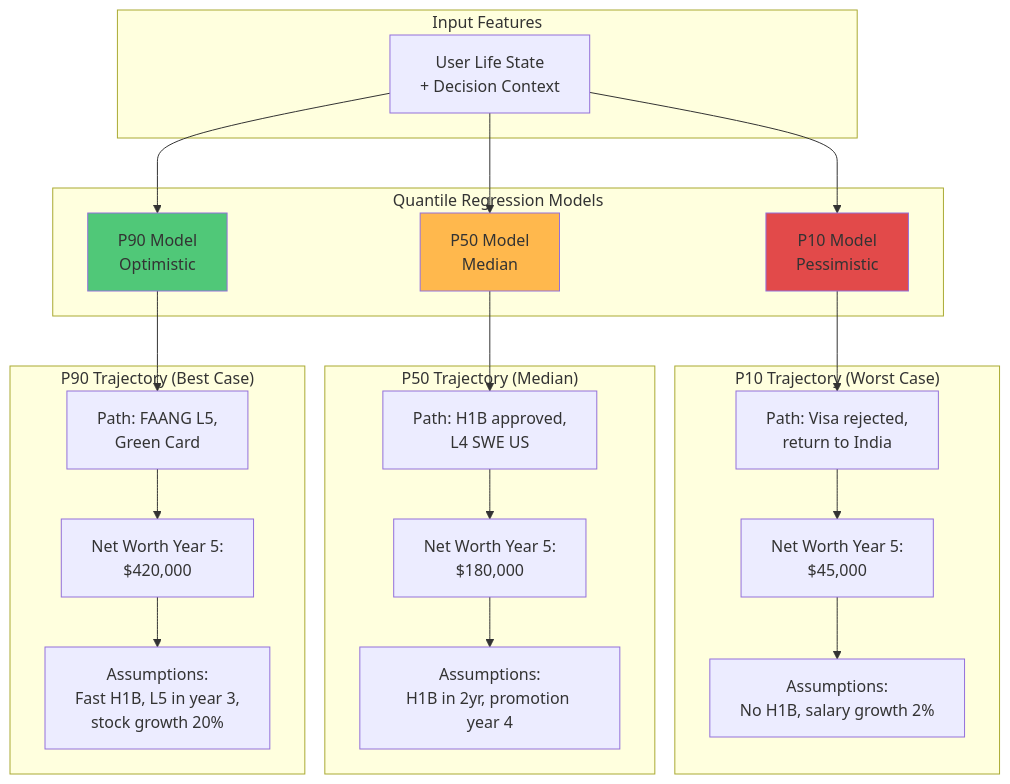
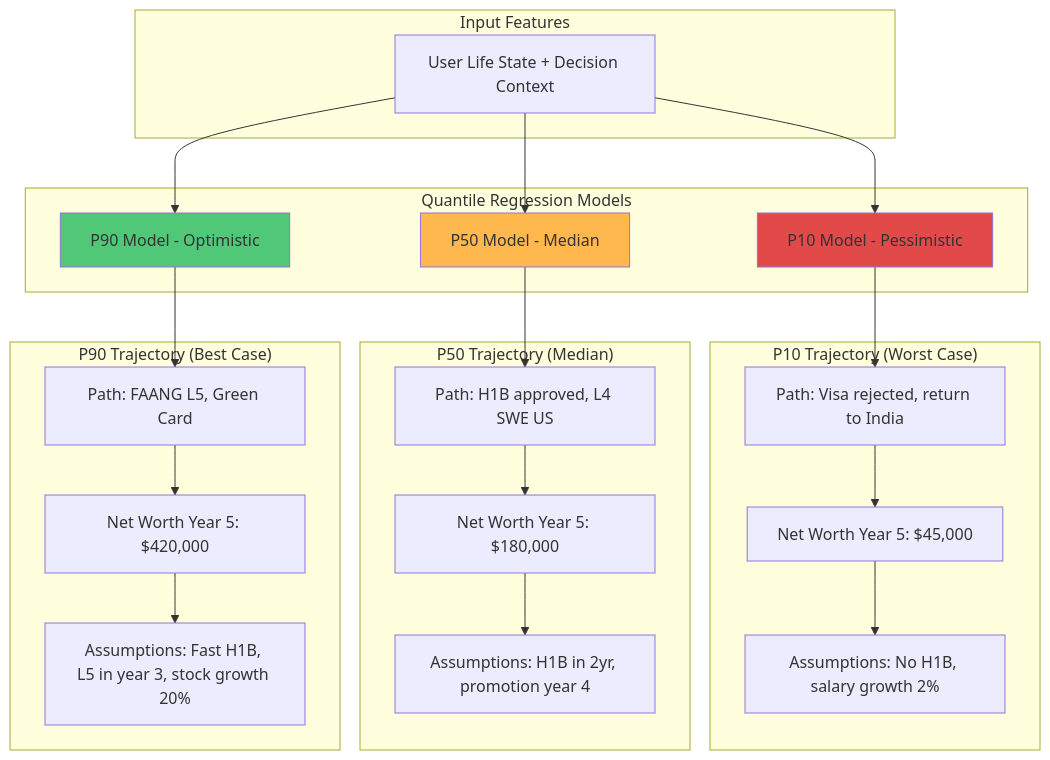
Before and after one commit to Nishant-coder-cpu/testing: the tenth of 20 diagrams in ldc_flowcharts.md, drawn with Mermaid. The commit also changed other lines of this file, not shown here.

````diff
--- a/ldc_flowcharts.md
+++ b/ldc_flowcharts.md
@@ -532,50 +529,50 @@
 ```mermaid
 graph TB
     subgraph "Quantile Regression Models"
-        MODEL10[P10 Model<br/>Pessimistic]
-        MODEL50[P50 Model<br/>Median]
-        MODEL90[P90 Model<br/>Optimistic]
+        MODEL10["P10 Model - Pessimistic"]
+        MODEL50["P50 Model - Median"]
+        MODEL90["P90 Model - Optimistic"]
     end
     
     subgraph "Input Features"
-        FEAT[User Life State<br/>+ Decision Context]
+        FEAT["User Life State + Decision Context"]
     end
     
     subgraph "P10 Trajectory (Worst Case)"
-        P10_PATH["Path: Visa rejected,<br/>return to India"]
-        P10_NET["Net Worth Year 5:<br/>$45,000"]
-        P10_ASSUME["Assumptions:<br/>No H1B, salary growth 2%"]
+        P10_PATH["Path: Visa rejected, return to India"]
+        P10_NET["Net Worth Year 5: $45,000"]
+        P10_ASSUME["Assumptions: No H1B, salary growth 2%"]
     end
     
     subgraph "P50 Trajectory (Median)"
-        P50_PATH["Path: H1B approved,<br/>L4 SWE US"]
-        P50_NET["Net Worth Year 5:<br/>$180,000"]
-        P50_ASSUME["Assumptions:<br/>H1B in 2yr, promotion year 4"]
+        P50_PATH["Path: H1B approved, L4 SWE US"]
+        P50_NET["Net Worth Year 5: $180,000"]
+        P50_ASSUME["Assumptions: H1B in 2yr, promotion year 4"]
     end
     
     subgraph "P90 Trajectory (Best Case)"
-        P90_PATH["Path: FAANG L5,<br/>Green Card"]
-        P90_NET["Net Worth Year 5:<br/>$420,000"]
-        P90_ASSUME["Assumptions:<br/>Fast H1B, L5 in year 3,<br/>stock growth 20%"]
+        P90_PATH["Path: FAANG L5, Green Card"]
+        P90_NET["Net Worth Year 5: $420,000"]
+        P90_ASSUME["Assumptions: Fast H1B, L5 in year 3, stock growth 20%"]
     end
     
     FEAT --> MODEL10
     FEAT --> MODEL50
     FEAT --> MODEL90
     
     MODEL10 --> P10_PATH
     P10_PATH --> P10_NET
     P10_NET --> P10_ASSUME
     
     MODEL50 --> P50_PATH
     P50_PATH --> P50_NET
     P50_NET --> P50_ASSUME
     
     MODEL90 --> P90_PATH
     P90_PATH --> P90_NET
     P90_NET --> P90_ASSUME
     
     style MODEL10 fill:#E24A4A
     style MODEL50 fill:#FFB84D
     style MODEL90 fill:#50C878
 ```
````
